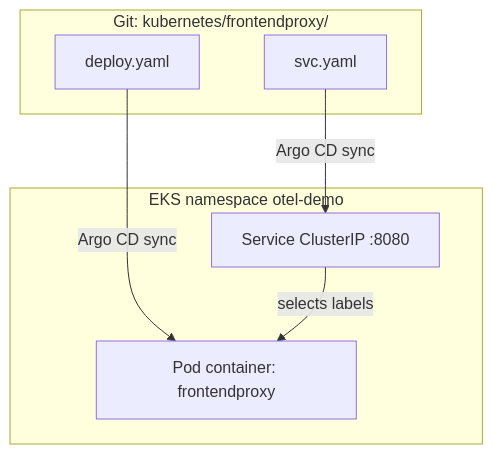
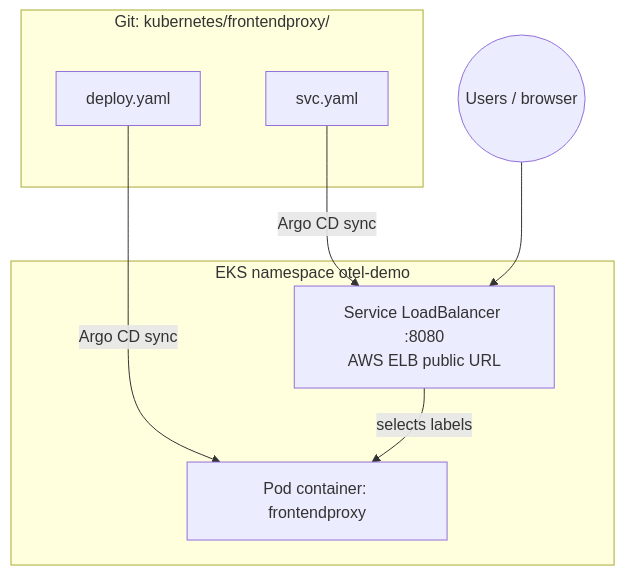
Before and after one commit to durgaprasadraju/ultimate-devops-project-demo: the fourth of 5 diagrams in docs/microservices/frontend-proxy.md, drawn with Mermaid. The commit also changed other lines of this file and 7 other files, not shown here.

````diff
--- a/docs/microservices/frontend-proxy.md
+++ b/docs/microservices/frontend-proxy.md
@@ -91,14 +91,15 @@
 ```mermaid
 flowchart TB
   subgraph Git["Git: kubernetes/frontendproxy/"]
     D[deploy.yaml]
     SV[svc.yaml]
   end
   subgraph Cluster["EKS namespace otel-demo"]
     Pod["Pod container: frontendproxy"]
-    Svc["Service ClusterIP :8080"]
+    Svc["Service LoadBalancer :8080<br/>AWS ELB public URL"]
   end
+  Internet((Users / browser)) --> Svc
   D -->|Argo CD sync| Pod
   SV -->|Argo CD sync| Svc
   Svc -->|selects labels| Pod
 ```
````
